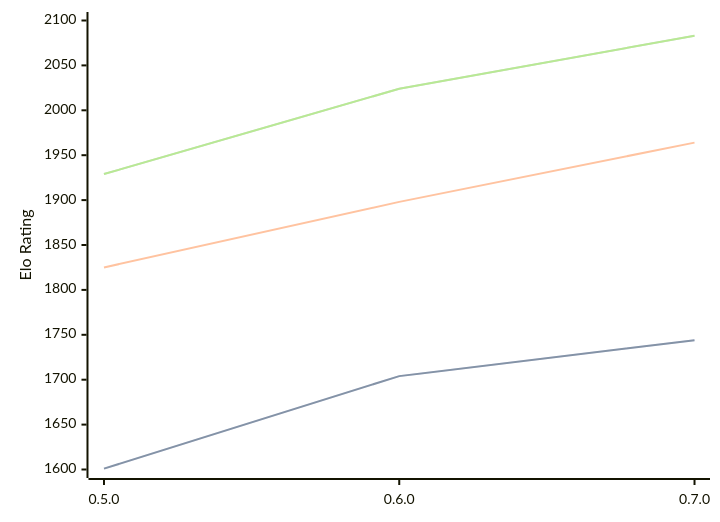
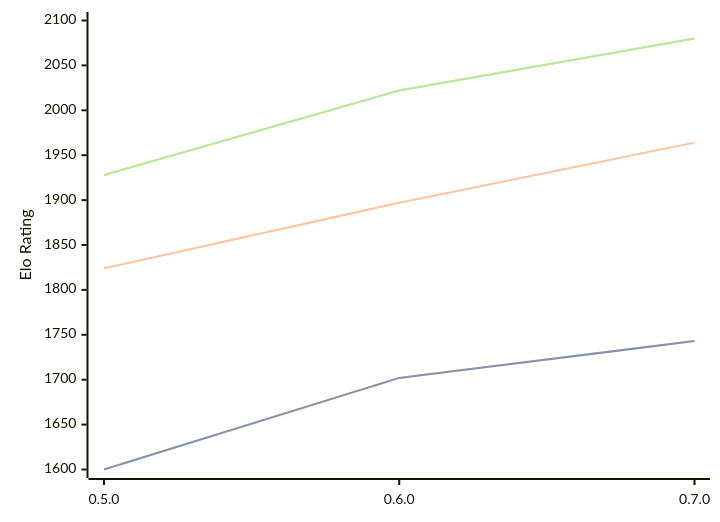
The diagram in engines/Chess-rs.md (computer-chess-index/cci), drawn with Mermaid before and after one commit. The commit also changed other lines of this file, not shown here.

Commit message:
Update CCI Ratings (ELO VLTC) - 2026-03-07

````diff
--- a/engines/Chess-rs.md
+++ b/engines/Chess-rs.md
@@ -39,11 +39,11 @@
 ```mermaid
 %%{init: {"theme":"base","themeVariables":{"seriesColors:['#a3a3a3','#222221','#faa371']}}}%%
 xychart-beta
   x-axis ["0.5.0", "0.6.0", "0.7.0"]
   y-axis "Elo Rating" 1600 --> 2100
-  line "STC (8.0+0.08s)" [1601, 1704, 1744]
-  line "STC (8.0+0.08s)" [1601, 1704, 1744]
-  line "LTC (60.0+0.60s)" [1825, 1898, 1964]
-  line "VLTC (2m24s+1.12s)" [1929, 2024, 2083]
-  line "VLTC (2m24s+1.12s)" [1929, 2024, 2083]
+  line "STC (8.0+0.08s)" [1600, 1702, 1743]
+  line "STC (8.0+0.08s)" [1600, 1702, 1743]
+  line "LTC (60.0+0.60s)" [1824, 1897, 1964]
+  line "VLTC (2m24s+1.12s)" [1928, 2022, 2080]
+  line "VLTC (2m24s+1.12s)" [1928, 2022, 2080]
 ```
````
